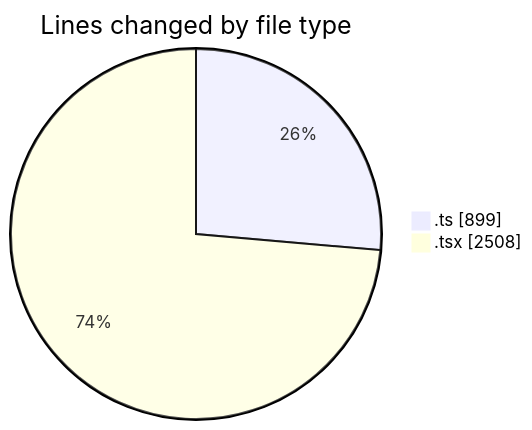
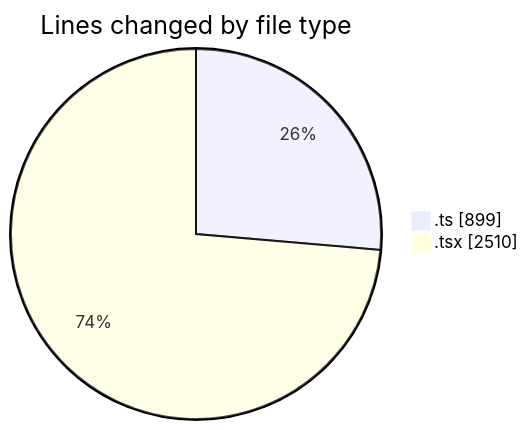
One commit to nxtqubesakshisongat/code-tracking changed the first of 2 diagrams in 2026-03-11/nxtqube_webapp/README.md. Above: the diagram before and after it, drawn with Mermaid. The commit also changed other lines of this file and 1 other file, not shown here.

````diff
--- a/2026-03-11/nxtqube_webapp/README.md
+++ b/2026-03-11/nxtqube_webapp/README.md
@@ -27,6 +27,6 @@
 ```mermaid
 pie showData
 title Lines changed by file type
 ".ts" : 899
-".tsx" : 2508
+".tsx" : 2510
 ```
````
